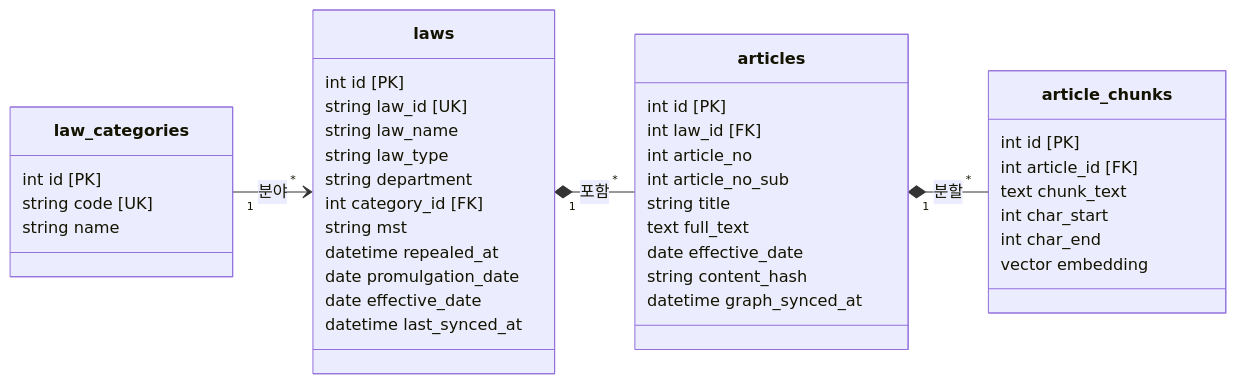
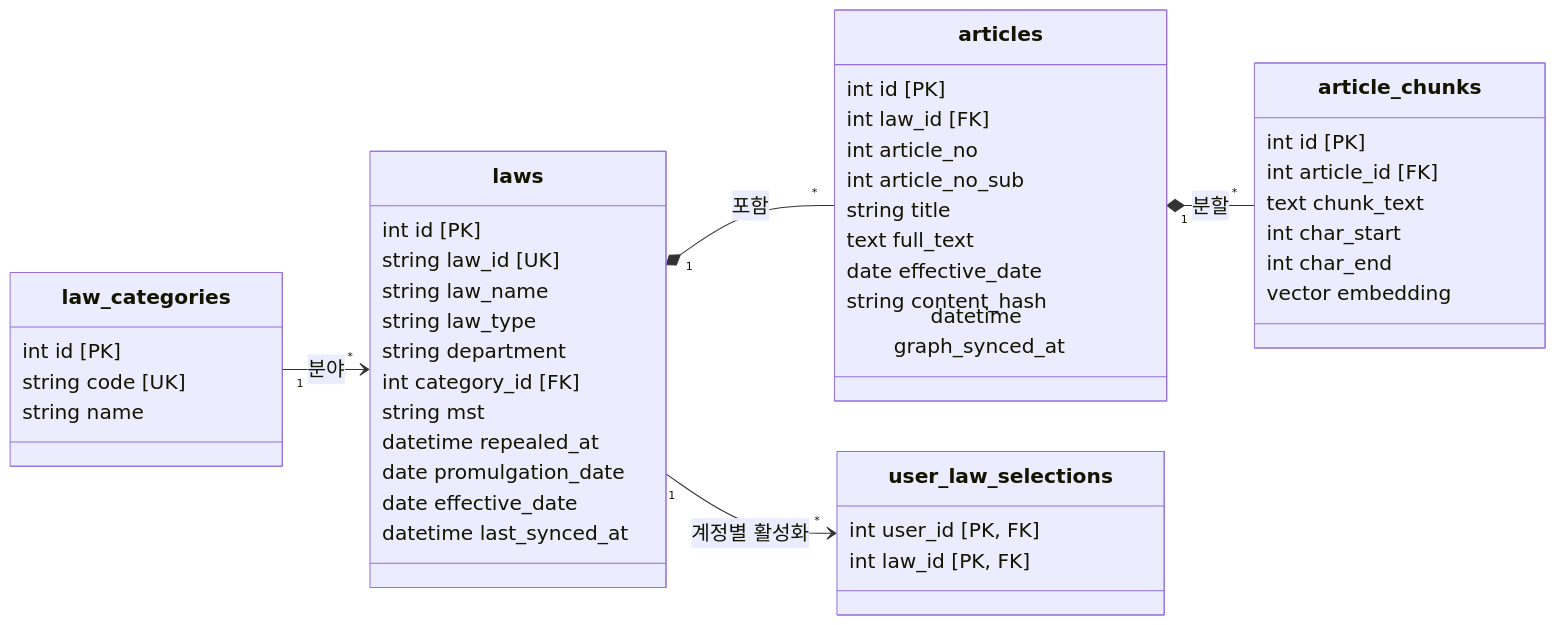
One commit to hugingstar/LawGraphRAG changed the second of 5 diagrams in README.md. Above: the diagram before and after it, drawn with Mermaid. The commit also changed other lines of this file and 78 other files, not shown here.

````diff
--- a/README.md
+++ b/README.md
@@ -168,49 +192,56 @@
 ```mermaid
+%%{init: {"themeVariables": {"fontSize": "20px"}}}%%
 classDiagram
     direction LR
 
     class law_categories {
         int id [PK]
         string code [UK]
         string name
     }
 
     class laws {
         int id [PK]
         string law_id [UK]
         string law_name
         string law_type
         string department
         int category_id [FK]
         string mst
         datetime repealed_at
         date promulgation_date
         date effective_date
         datetime last_synced_at
     }
     
     class articles {
         int id [PK]
         int law_id [FK]
         int article_no
         int article_no_sub
         string title
         text full_text
         date effective_date
         string content_hash
         datetime graph_synced_at
     }
     
     class article_chunks {
         int id [PK]
         int article_id [FK]
         text chunk_text
         int char_start
         int char_end
         vector embedding
     }
 
+    class user_law_selections {
+        int user_id [PK, FK]
+        int law_id [PK, FK]
+    }
+
     law_categories "1" --> "*" laws : 분야
     laws "1" *-- "*" articles : 포함
     articles "1" *-- "*" article_chunks : 분할
+    laws "1" --> "*" user_law_selections : 계정별 활성화
 ```
````
